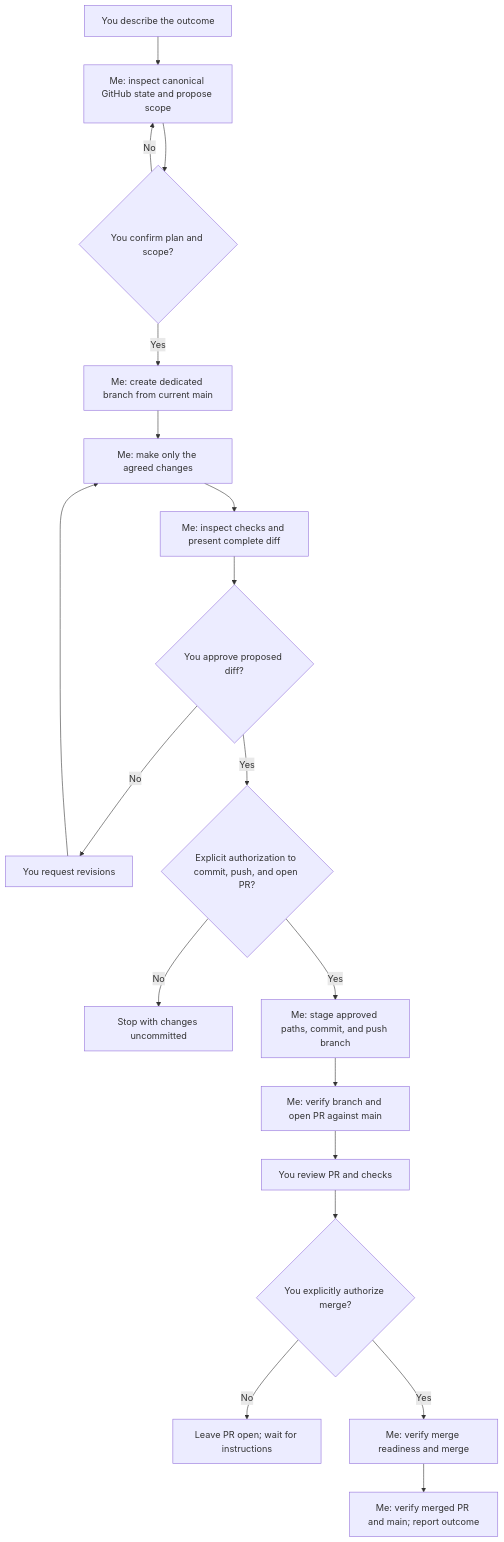
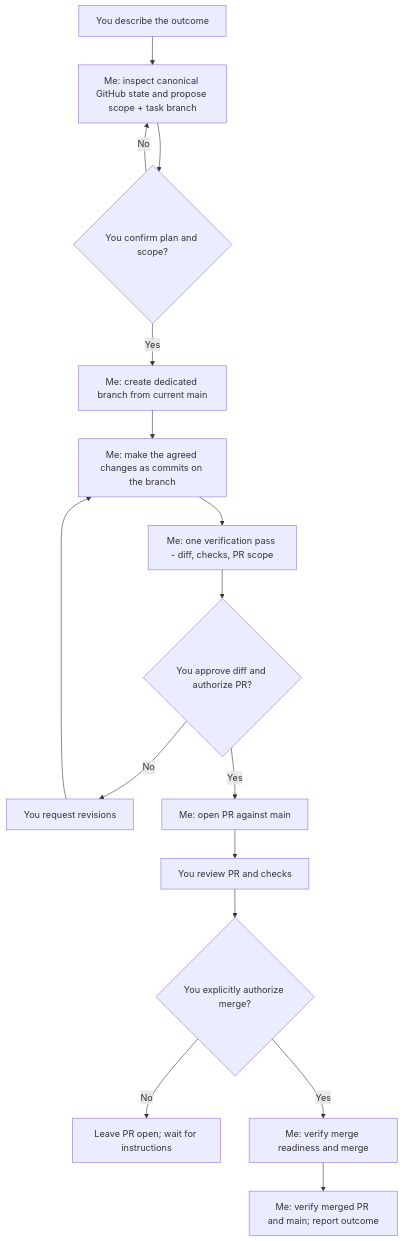
Before and after one commit to futuredmd20-collab/jester-and-moat: the diagram in docs/PR-WORKFLOW.md, drawn with Mermaid. The commit also changed other lines of this file and 2 other files, not shown here.

Commit message:
Simplify PR workflow: free branch commits, gates at PR-open and merge, one verification pass, no local working copies

````diff
--- a/docs/PR-WORKFLOW.md
+++ b/docs/PR-WORKFLOW.md
@@ -37,21 +36,18 @@
 ```mermaid
 flowchart TD
-    A[You describe the outcome] --> B[Me: inspect canonical GitHub state and propose scope]
+    A[You describe the outcome] --> B[Me: inspect canonical GitHub state and propose scope + task branch]
     B --> C{You confirm plan and scope?}
     C -- No --> B
     C -- Yes --> D[Me: create dedicated branch from current main]
-    D --> E[Me: make only the agreed changes]
-    E --> F[Me: inspect checks and present complete diff]
-    F --> G{You approve proposed diff?}
+    D --> E[Me: make the agreed changes as commits on the branch]
+    E --> F[Me: one verification pass - diff, checks, PR scope]
+    F --> G{You approve diff and authorize PR?}
     G -- No --> H[You request revisions]
     H --> E
-    G -- Yes --> I{Explicit authorization to commit, push, and open PR?}
-    I -- No --> J[Stop with changes uncommitted]
-    I -- Yes --> K[Me: stage approved paths, commit, and push branch]
-    K --> L[Me: verify branch and open PR against main]
-    L --> M[You review PR and checks]
-    M --> N{You explicitly authorize merge?}
-    N -- No --> O[Leave PR open; wait for instructions]
-    N -- Yes --> P[Me: verify merge readiness and merge]
-    P --> Q[Me: verify merged PR and main; report outcome]
+    G -- Yes --> I[Me: open PR against main]
+    I --> J[You review PR and checks]
+    J --> K{You explicitly authorize merge?}
+    K -- No --> L[Leave PR open; wait for instructions]
+    K -- Yes --> M[Me: verify merge readiness and merge]
+    M --> N[Me: verify merged PR and main; report outcome]
 ```
````
